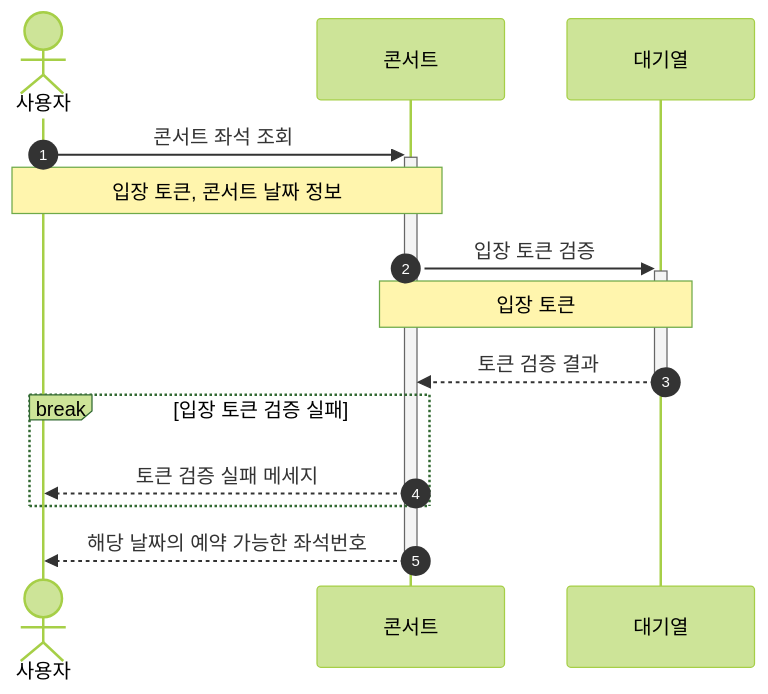
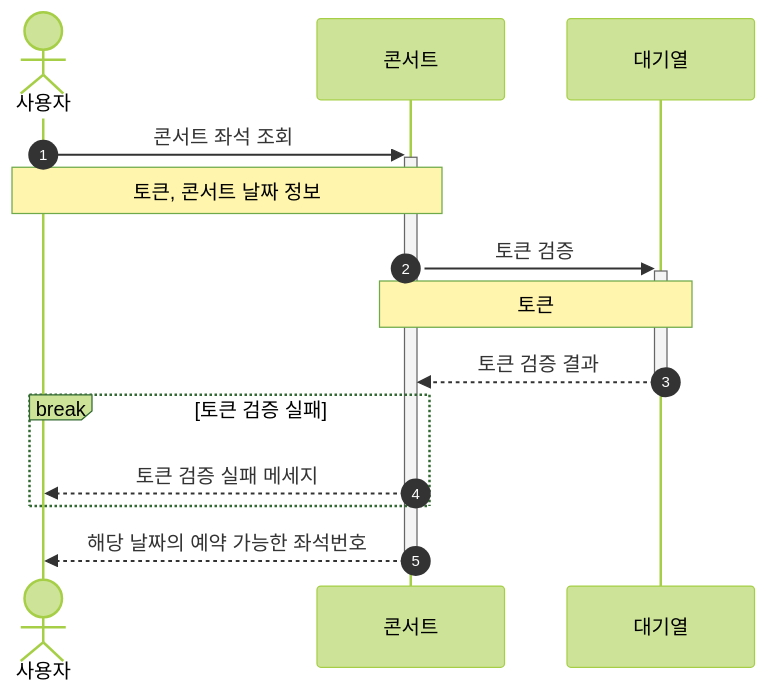
The fourth of 13 diagrams in README.md (YoungWonBackendStudy/HHPlus-Concert-Reservation), drawn with Mermaid (forest theme) before and after one commit. The commit also changed other lines of this file, not shown here.

````diff
--- a/README.md
+++ b/README.md
@@ -55,16 +53,16 @@
 ```mermaid
 sequenceDiagram
     autonumber
     actor 사용자
     사용자 ->>+ 콘서트: 콘서트 좌석 조회
-    Note over 사용자, 콘서트: 입장 토큰, 콘서트 날짜 정보
+    Note over 사용자, 콘서트: 토큰, 콘서트 날짜 정보
 
-    콘서트 ->>+ 대기열: 입장 토큰 검증
-    Note over 콘서트, 대기열: 입장 토큰
+    콘서트 ->>+ 대기열: 토큰 검증
+    Note over 콘서트, 대기열: 토큰
     대기열 -->>- 콘서트: 토큰 검증 결과
-    break 입장 토큰 검증 실패
+    break 토큰 검증 실패
         콘서트 -->> 사용자: 토큰 검증 실패 메세지
     end
 
     콘서트 -->>- 사용자: 해당 날짜의 예약 가능한 좌석번호
 ```
````
